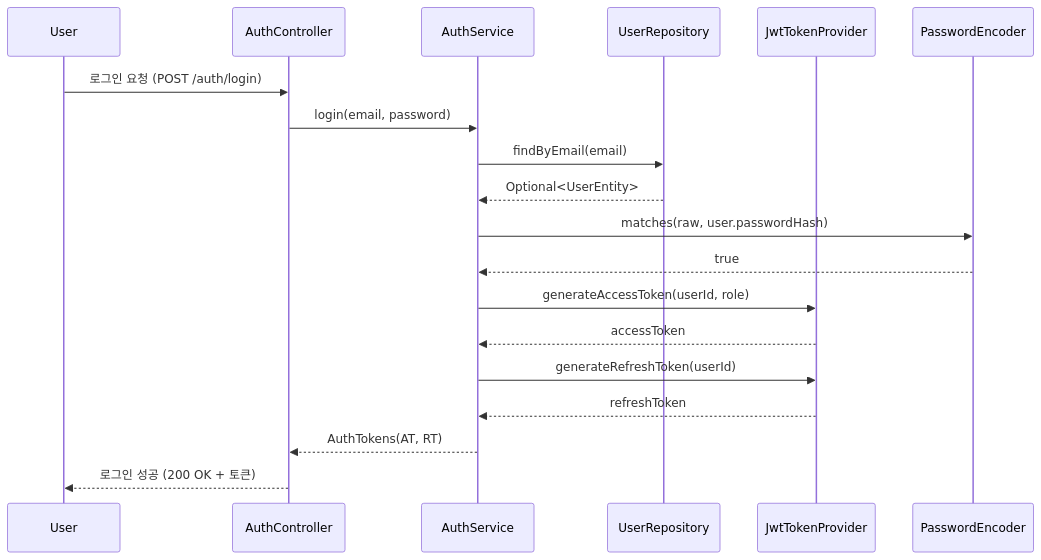
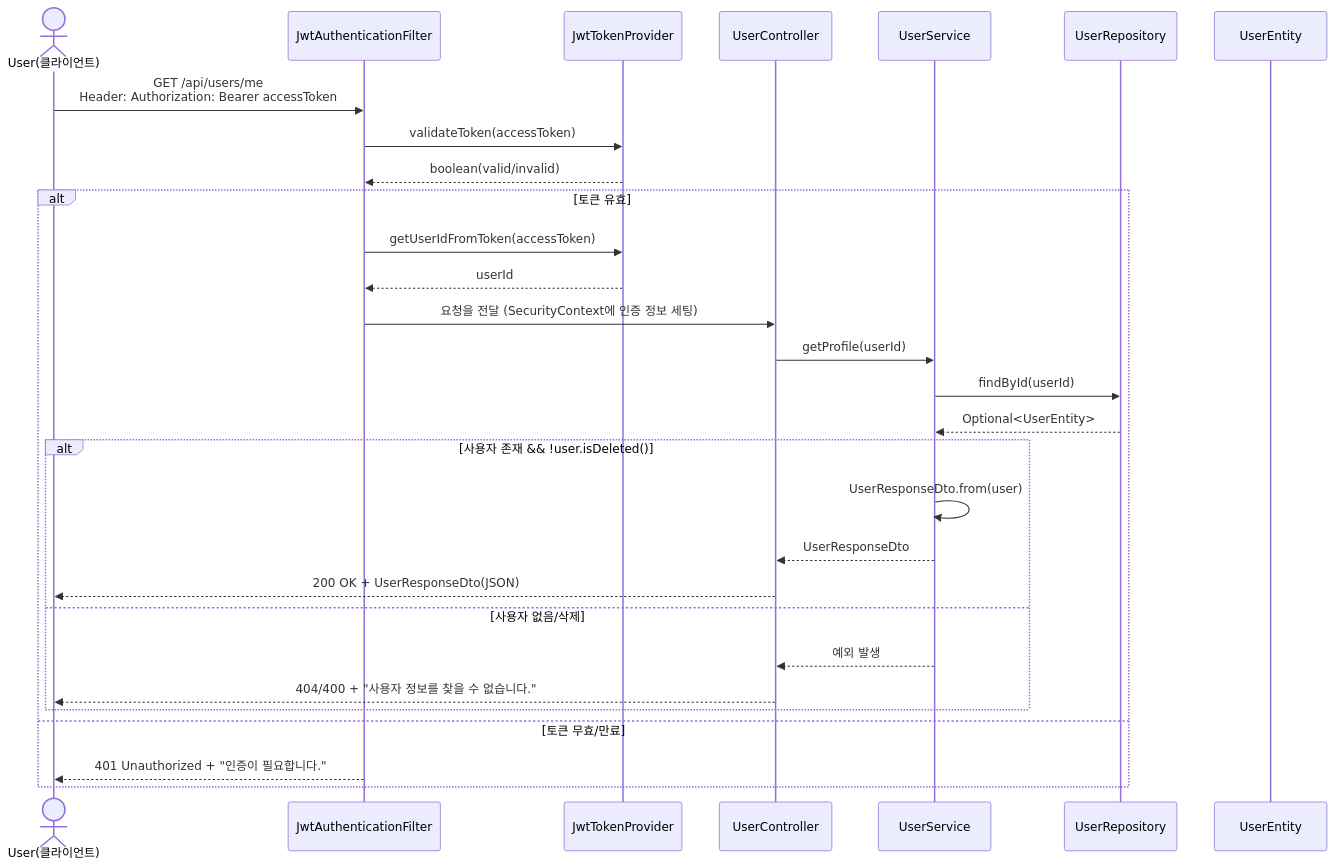
Before and after one commit to OHWCH/se_dev: the fourth of 44 diagrams in SDS_[깃라잡이].md, drawn with Mermaid. The commit also changed other lines of this file, not shown here.

````diff
--- a/SDS_[깃라잡이].md
+++ b/SDS_[깃라잡이].md
@@ -4871,27 +4956,37 @@
 ```mermaid
 sequenceDiagram
-    participant User
-    participant AuthController
-    participant AuthService
-    participant UserRepository
-    participant JwtTokenProvider
-    participant PasswordEncoder
+    actor U as User(클라이언트)
+    participant F as JwtAuthenticationFilter
+    participant JP as JwtTokenProvider
+    participant UC as UserController
+    participant US as UserService
+    participant UR as UserRepository
+    participant UE as UserEntity
 
-    User->>AuthController: 로그인 요청 (POST /auth/login)
-    AuthController->>AuthService: login(email, password)
+    U->>F: GET /api/users/me<br/>Header: Authorization: Bearer accessToken
 
-    AuthService->>UserRepository: findByEmail(email)
-    UserRepository-->>AuthService: Optional<UserEntity>
+    F->>JP: validateToken(accessToken)
+    JP-->>F: boolean(valid/invalid)
 
-    AuthService->>PasswordEncoder: matches(raw, user.passwordHash)
-    PasswordEncoder-->>AuthService: true
+    alt 토큰 유효
+        F->>JP: getUserIdFromToken(accessToken)
+        JP-->>F: userId
+        F->>UC: 요청을 전달 (SecurityContext에 인증 정보 세팅)
 
-    AuthService->>JwtTokenProvider: generateAccessToken(userId, role)
-    JwtTokenProvider-->>AuthService: accessToken
-    AuthService->>JwtTokenProvider: generateRefreshToken(userId)
-    JwtTokenProvider-->>AuthService: refreshToken
+        UC->>US: getProfile(userId)
+        US->>UR: findById(userId)
+        UR-->>US: Optional<UserEntity>
 
-    AuthService-->>AuthController: AuthTokens(AT, RT)
-    AuthController-->>User: 로그인 성공 (200 OK + 토큰)
+        alt 사용자 존재 && !user.isDeleted()
+            US->>US: UserResponseDto.from(user)
+            US-->>UC: UserResponseDto
+            UC-->>U: 200 OK + UserResponseDto(JSON)
+        else 사용자 없음/삭제
+            US-->>UC: 예외 발생
+            UC-->>U: 404/400 + "사용자 정보를 찾을 수 없습니다."
+        end
+    else 토큰 무효/만료
+        F-->>U: 401 Unauthorized + "인증이 필요합니다."
+    end
 
 ```
````
